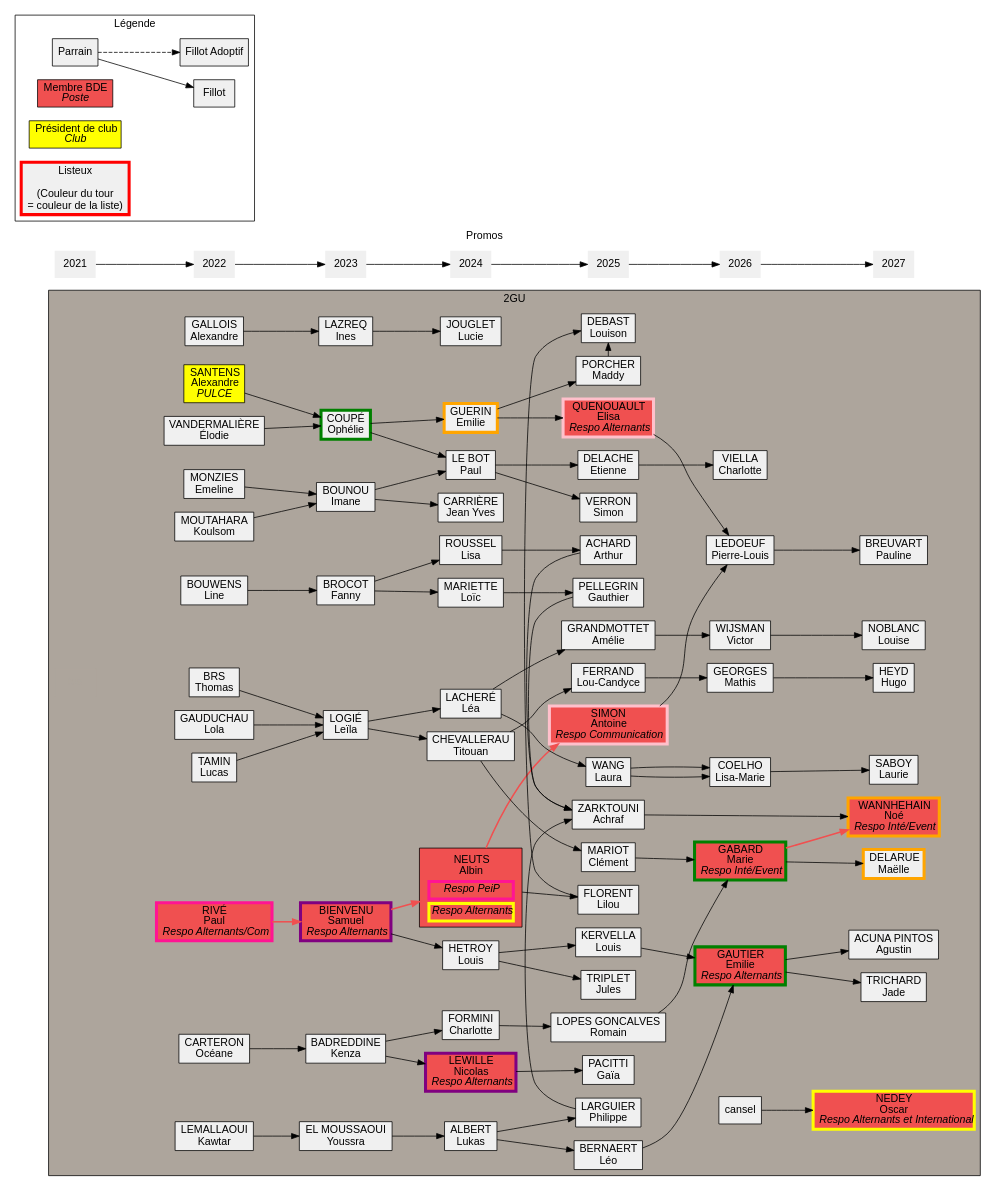
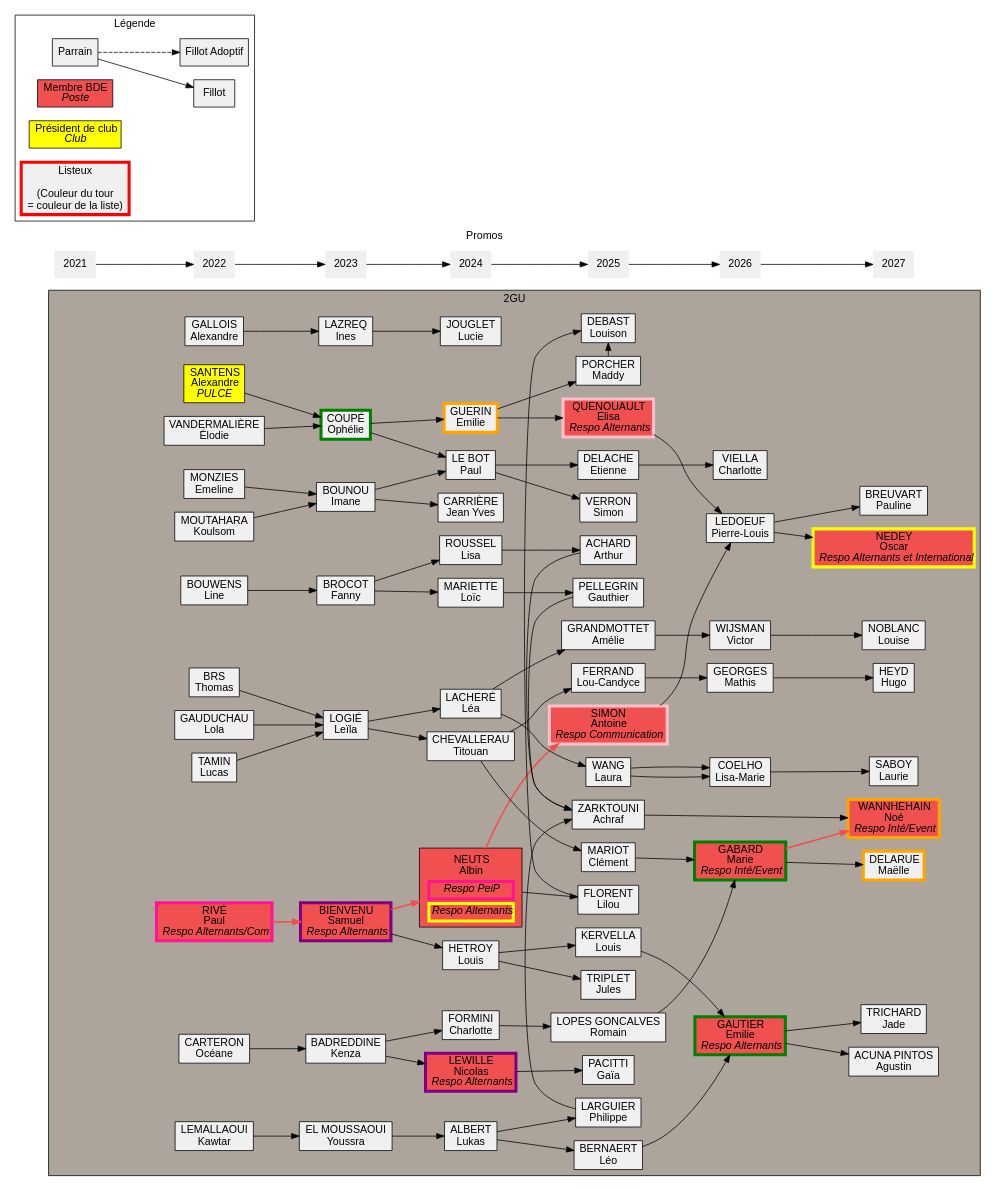
Before and after one commit to Scruchet/poly_gen: the diagram in 2GU.dot, drawn with Graphviz. The commit also changed 1 other file, not shown here.

```diff
--- a/2GU.dot
+++ b/2GU.dot
@@ -172,7 +172,7 @@
 		egautier->aacunapi;
 		egautier->jtrichar;
 		pledoeuf->pbreuvar;
-		cansel->onedey;
+		pledoeuf->onedey;
 		mgabard->mdelarue;
 		lcoelho->lsaboy;
 		vwijsman->lnoblanc;
```
